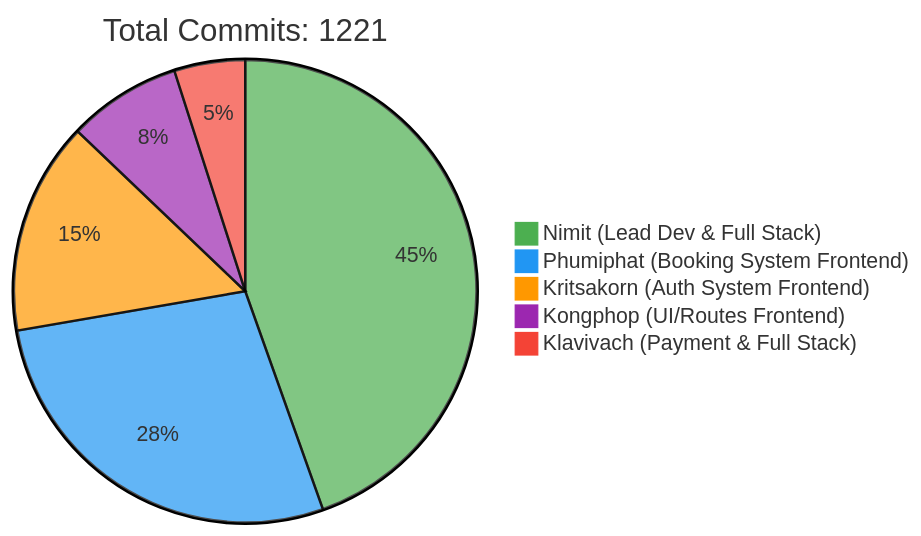
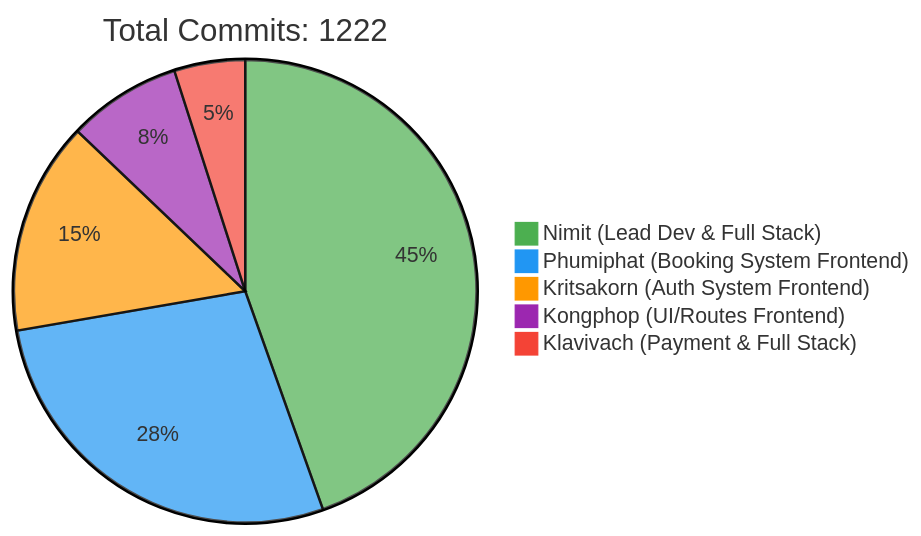
Before and after one commit to 6531503042/Sport-Complex: the first of 2 diagrams in README.md, drawn with Mermaid. The commit also changed other lines of this file, not shown here.

Commit message:
docs: Update contributor statistics [skip ci]

````diff
--- a/README.md
+++ b/README.md
@@ -257,10 +257,10 @@
 ```mermaid
 %%{init: {'theme': 'base', 'themeVariables': { 'pie1': '#4CAF50', 'pie2': '#2196F3', 'pie3': '#FF9800', 'pie4': '#9C27B0', 'pie5': '#F44336'}}}%%
 pie
-    title Total Commits: 1221
+    title Total Commits: 1222
     "Nimit (Lead Dev & Full Stack)" : 450
     "Phumiphat (Booking System Frontend)" : 280
     "Kritsakorn (Auth System Frontend)" : 150
     "Kongphop (UI/Routes Frontend)" : 80
     "Klavivach (Payment & Full Stack)" : 50
 ```
````
